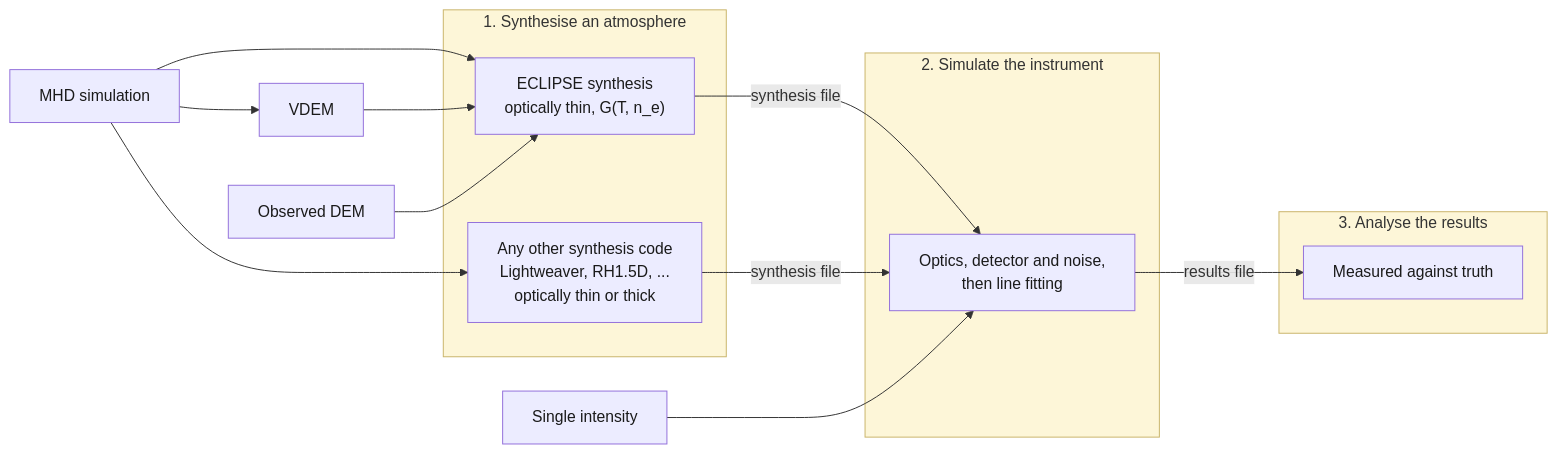
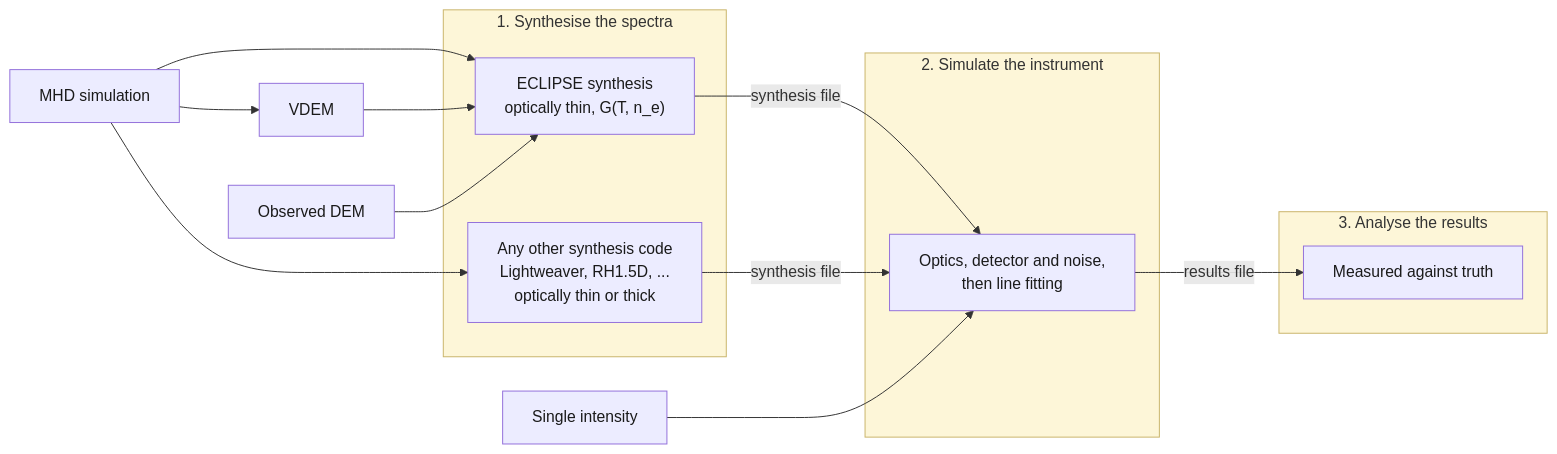
The diagram in docs/index.md (jamesmckevitt/eclipse), drawn with Mermaid before and after one commit. The commit also changed other lines of this file and 26 other files, not shown here.

````diff
--- a/docs/index.md
+++ b/docs/index.md
@@ -18,37 +18,37 @@
 ```mermaid
 flowchart LR
     MHD["MHD simulation"]
     DEM["Observed DEM"]
     UNI["Single intensity"]
 
     MHD --> VDEM["VDEM"]
 
-    subgraph SYN["1. Synthesise an atmosphere"]
+    subgraph SYN["1. Synthesise the spectra"]
         ECL["ECLIPSE synthesis<br>optically thin, G(T, n_e)"]
         EXT["Any other synthesis code<br>Lightweaver, RH1.5D, ...<br>optically thin or thick"]
     end
 
     subgraph SIM["2. Simulate the instrument"]
         INS["Optics, detector and noise,<br>then line fitting"]
     end
 
     subgraph ANL["3. Analyse the results"]
         ANA["Measured against truth"]
     end
 
     MHD --> ECL
     MHD --> EXT
     VDEM --> ECL
     DEM --> ECL
 
     ECL -- "synthesis file" --> INS
     EXT -- "synthesis file" --> INS
     UNI --> INS
     INS -- "results file" --> ANA
 
     classDef node fill:#ECECFF,fill-opacity:1,stroke:#9370DB,stroke-opacity:1,color:#1a1a1a;
     class MHD,DEM,UNI,VDEM,ECL,EXT,INS,ANA node
     style SYN fill:#fdf6d8,fill-opacity:1,stroke:#c9b46a
     style SIM fill:#fdf6d8,fill-opacity:1,stroke:#c9b46a
     style ANL fill:#fdf6d8,fill-opacity:1,stroke:#c9b46a
 ```
````
